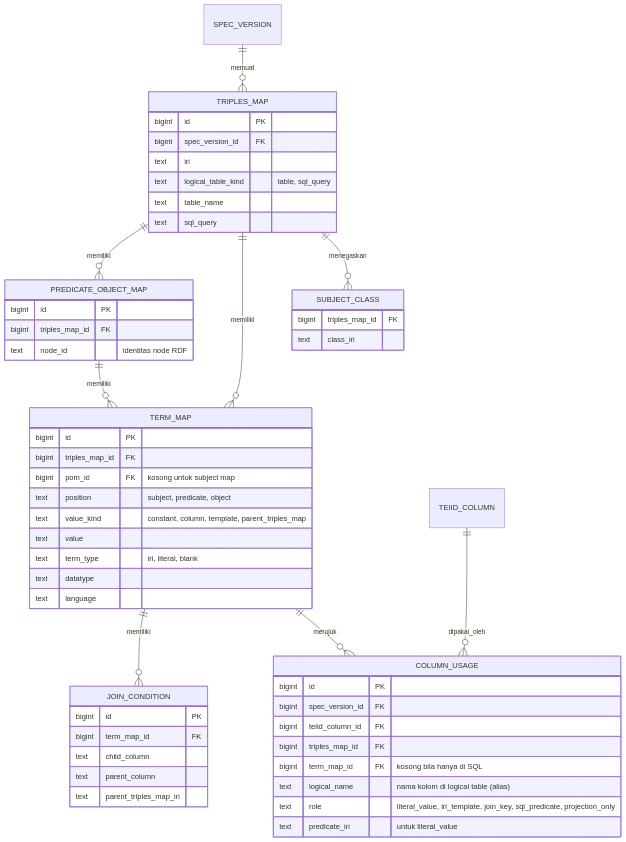
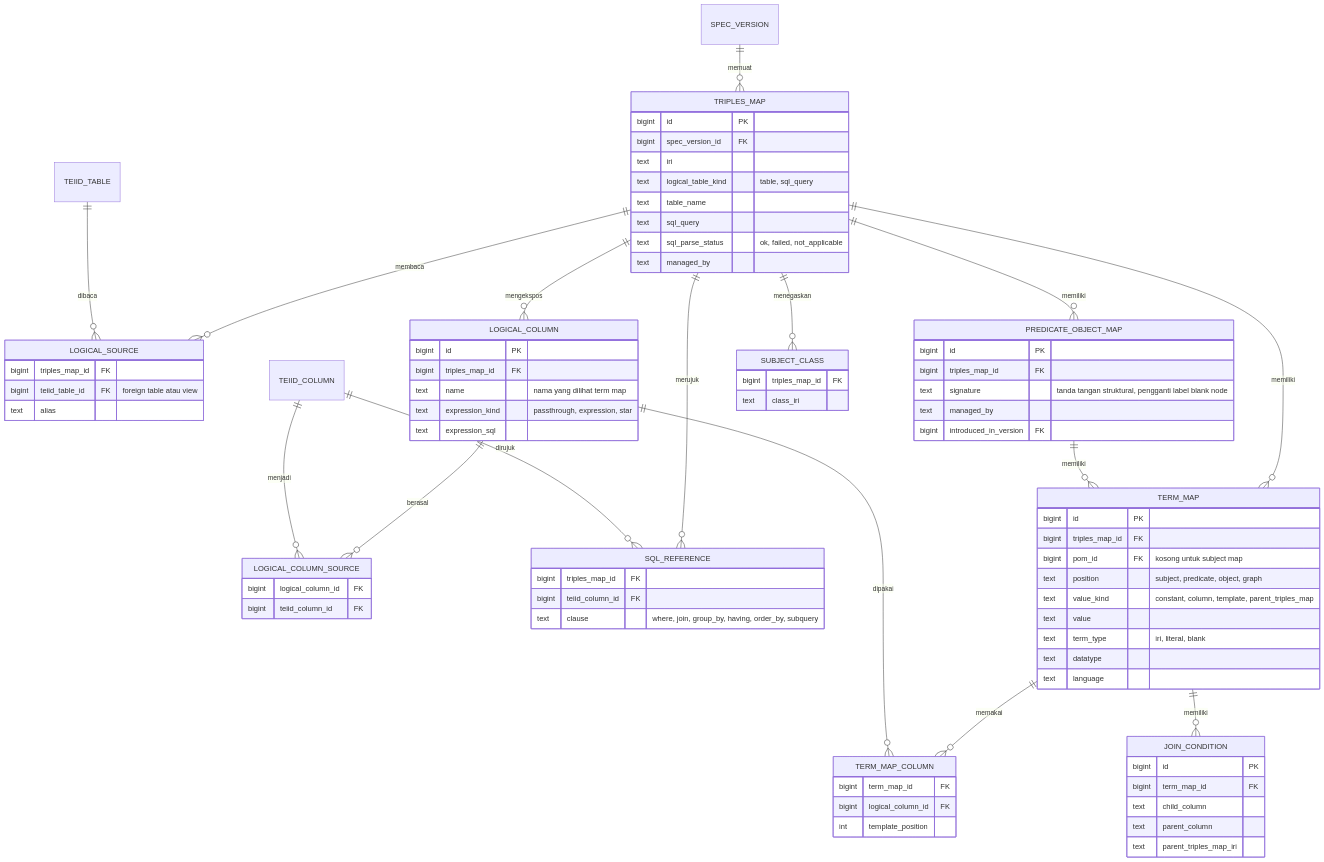
Before and after one commit to rahilaode/data-federation-dev: the fourth of 7 diagrams in docs/knowledge/README.md, drawn with Mermaid. The commit also changed other lines of this file and 2 other files, not shown here.

Commit message:
ADR-0006: dependensi view Teiid (hasil F0.7); rancangan Knowledge v2: graf lineage ujung-ke-ujung, view, kepemilikan elemen, kebijakan, konsistensi, read model UI

````diff
--- a/docs/knowledge/README.md
+++ b/docs/knowledge/README.md
@@ -185,13 +293,20 @@
 ```mermaid
 erDiagram
     SPEC_VERSION ||--o{ TRIPLES_MAP : memuat
+    TRIPLES_MAP ||--o{ LOGICAL_SOURCE : membaca
+    TEIID_TABLE ||--o{ LOGICAL_SOURCE : dibaca
+    TRIPLES_MAP ||--o{ LOGICAL_COLUMN : mengekspos
+    LOGICAL_COLUMN ||--o{ LOGICAL_COLUMN_SOURCE : berasal
+    TEIID_COLUMN ||--o{ LOGICAL_COLUMN_SOURCE : menjadi
+    TRIPLES_MAP ||--o{ SQL_REFERENCE : merujuk
+    TEIID_COLUMN ||--o{ SQL_REFERENCE : dirujuk
     TRIPLES_MAP ||--o{ PREDICATE_OBJECT_MAP : memiliki
     TRIPLES_MAP ||--o{ TERM_MAP : memiliki
     PREDICATE_OBJECT_MAP ||--o{ TERM_MAP : memiliki
+    TERM_MAP ||--o{ TERM_MAP_COLUMN : memakai
+    LOGICAL_COLUMN ||--o{ TERM_MAP_COLUMN : dipakai
     TERM_MAP ||--o{ JOIN_CONDITION : memiliki
     TRIPLES_MAP ||--o{ SUBJECT_CLASS : menegaskan
-    TEIID_COLUMN ||--o{ COLUMN_USAGE : dipakai_oleh
-    TERM_MAP ||--o{ COLUMN_USAGE : merujuk
 
     TRIPLES_MAP {
         bigint id PK
@@ -200,22 +315,52 @@
         text logical_table_kind "table, sql_query"
         text table_name
         text sql_query
+        text sql_parse_status "ok, failed, not_applicable"
+        text managed_by
+    }
+    LOGICAL_SOURCE {
+        bigint triples_map_id FK
+        bigint teiid_table_id FK "foreign table atau view"
+        text alias
+    }
+    LOGICAL_COLUMN {
+        bigint id PK
+        bigint triples_map_id FK
+        text name "nama yang dilihat term map"
+        text expression_kind "passthrough, expression, star"
+        text expression_sql
+    }
+    LOGICAL_COLUMN_SOURCE {
+        bigint logical_column_id FK
+        bigint teiid_column_id FK
+    }
+    SQL_REFERENCE {
+        bigint triples_map_id FK
+        bigint teiid_column_id FK
+        text clause "where, join, group_by, having, order_by, subquery"
     }
     PREDICATE_OBJECT_MAP {
         bigint id PK
         bigint triples_map_id FK
-        text node_id "identitas node RDF"
+        text signature "tanda tangan struktural, pengganti label blank node"
+        text managed_by
+        bigint introduced_in_version FK
     }
     TERM_MAP {
         bigint id PK
         bigint triples_map_id FK
         bigint pom_id FK "kosong untuk subject map"
-        text position "subject, predicate, object"
+        text position "subject, predicate, object, graph"
         text value_kind "constant, column, template, parent_triples_map"
         text value
         text term_type "iri, literal, blank"
         text datatype
         text language
+    }
+    TERM_MAP_COLUMN {
+        bigint term_map_id FK
+        bigint logical_column_id FK
+        int template_position
     }
     JOIN_CONDITION {
         bigint id PK
@@ -228,14 +373,4 @@
         bigint triples_map_id FK
         text class_iri
     }
-    COLUMN_USAGE {
-        bigint id PK
-        bigint spec_version_id FK
-        bigint teiid_column_id FK
-        bigint triples_map_id FK
-        bigint term_map_id FK "kosong bila hanya di SQL"
-        text logical_name "nama kolom di logical table (alias)"
-        text role "literal_value, iri_template, join_key, sql_predicate, projection_only"
-        text predicate_iri "untuk literal_value"
-    }
 ```
````
